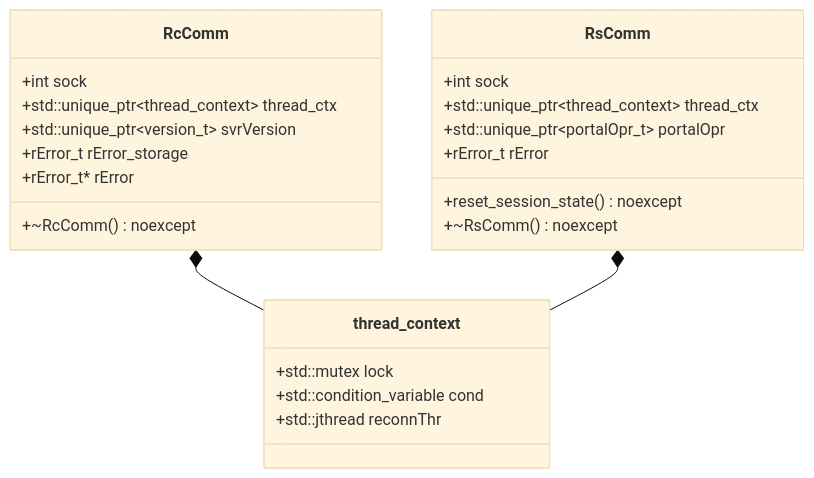
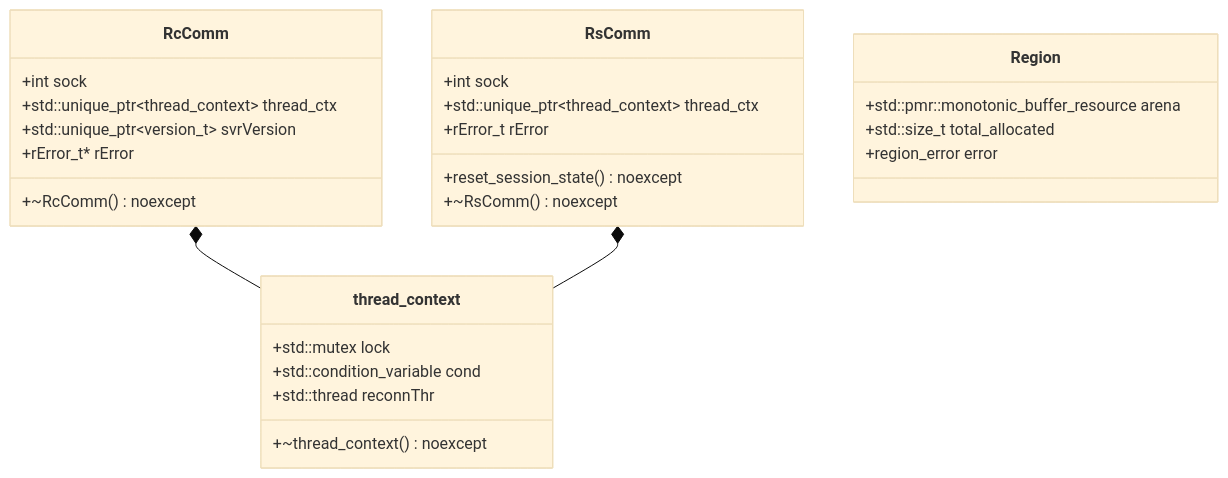
One commit to jasoncoposky/irods changed the diagram in docs/superpowers/specs/2026-10-24-stage19-raii-connection-handles-design.md. Above: the diagram before and after it, drawn with Mermaid (base theme). The commit also changed other lines of this file and 6 other files, not shown here.

````diff
--- a/docs/superpowers/specs/2026-10-24-stage19-raii-connection-handles-design.md
+++ b/docs/superpowers/specs/2026-10-24-stage19-raii-connection-handles-design.md
@@ -27,29 +25,34 @@
 ```mermaid
 classDiagram
     class thread_context {
         +std::mutex lock
         +std::condition_variable cond
-        +std::jthread reconnThr
+        +std::thread reconnThr
+        +~thread_context() noexcept
     }
 
     class RcComm {
         +int sock
         +std::unique_ptr~thread_context~ thread_ctx
         +std::unique_ptr~version_t~ svrVersion
-        +rError_t rError_storage
         +rError_t* rError
         +~RcComm() noexcept
     }
 
     class RsComm {
         +int sock
         +std::unique_ptr~thread_context~ thread_ctx
-        +std::unique_ptr~portalOpr_t~ portalOpr
         +rError_t rError
         +reset_session_state() noexcept
         +~RsComm() noexcept
     }
 
+    class Region {
+        +std::pmr::monotonic_buffer_resource arena
+        +std::size_t total_allocated
+        +region_error error
+    }
+
     RcComm *-- thread_context
     RsComm *-- thread_context
 ```
````
